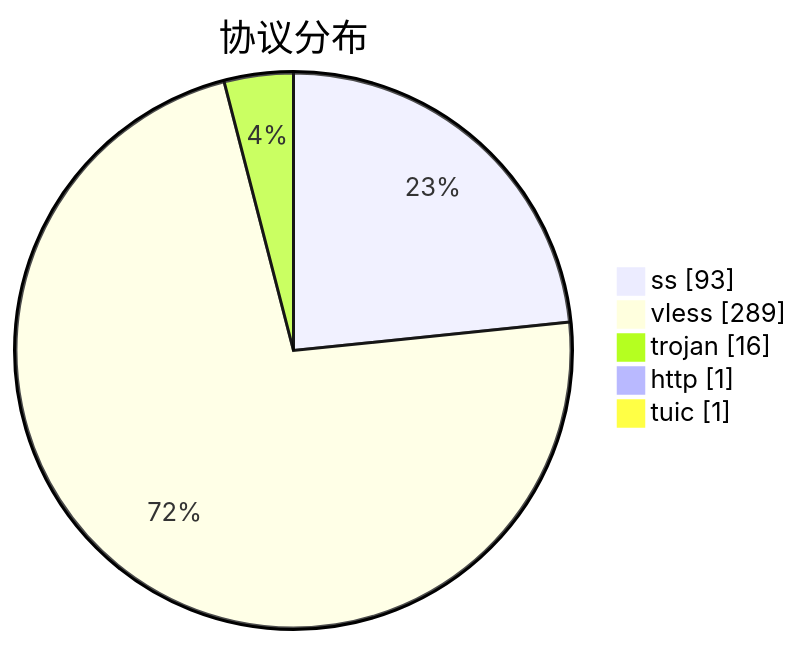
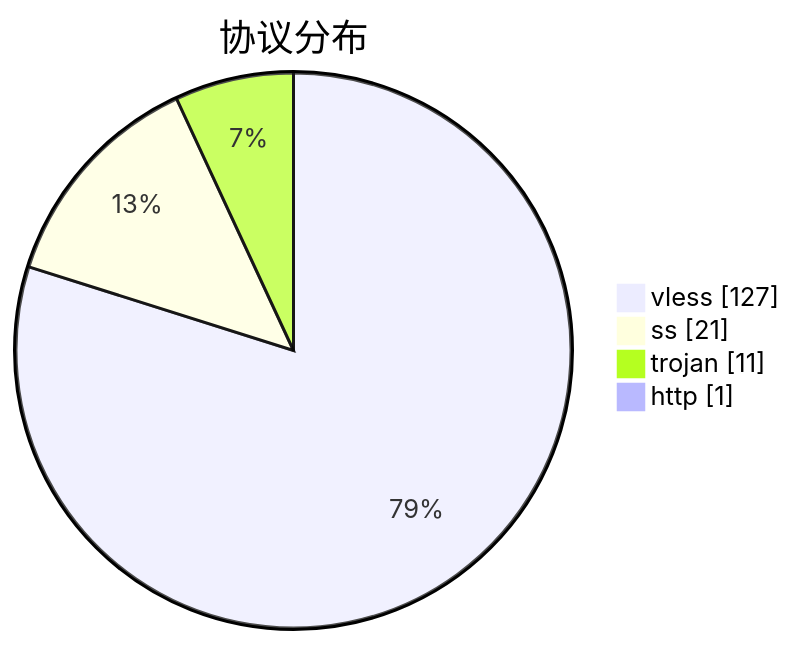
The third of 3 diagrams in subs/statistics/tested_within.md (qjlxg/airport), drawn with Mermaid before and after one commit. The commit also changed other lines of this file and 2 other files, not shown here.

````diff
--- a/subs/statistics/tested_within.md
+++ b/subs/statistics/tested_within.md
@@ -32,9 +28,8 @@
 ```mermaid
 pie showData
 title 协议分布
-"ss" : 93
-"vless" : 289
-"trojan" : 16
+"vless" : 127
+"ss" : 21
+"trojan" : 11
 "http" : 1
-"tuic" : 1
 ```
````
